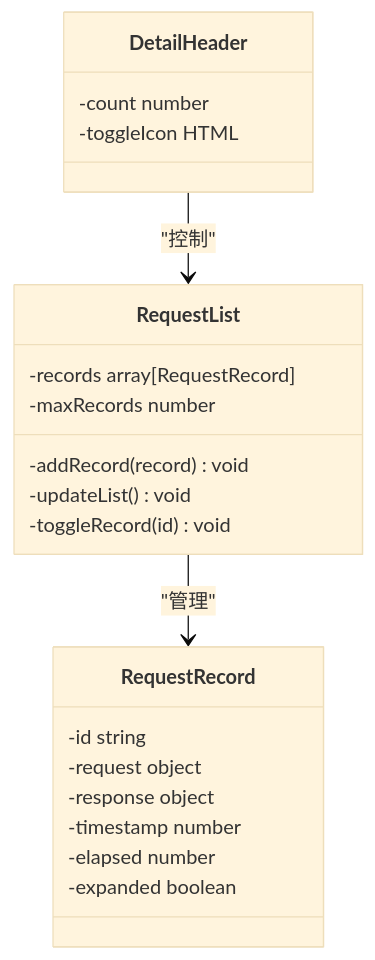
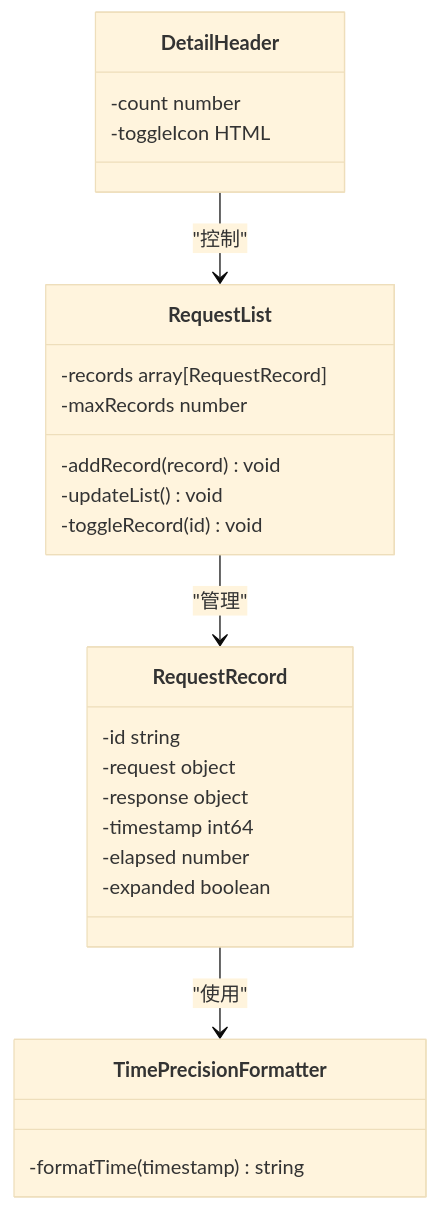
Before and after one commit to maomao94/zero-service: diagram 24 of 30 in .qoder/repowiki/zh/content/AI聊天服务迁移指南.md, drawn with Mermaid (base theme). The commit also changed other lines of this file and 59 other files, not shown here.

````diff
--- a/.qoder/repowiki/zh/content/AI聊天服务迁移指南.md
+++ b/.qoder/repowiki/zh/content/AI聊天服务迁移指南.md
@@ -1091,24 +1139,28 @@
 ```mermaid
 classDiagram
 class RequestRecord {
 -id string
 -request object
 -response object
--timestamp number
+-timestamp int64
 -elapsed number
 -expanded boolean
 }
 class RequestList {
 -records array[RequestRecord]
 -maxRecords number
 -addRecord(record) void
 -updateList() void
 -toggleRecord(id) void
 }
 class DetailHeader {
 -count number
 -toggleIcon HTML
 }
+class TimePrecisionFormatter {
+-formatTime(timestamp) string
+}
 RequestList --> RequestRecord : "管理"
 DetailHeader --> RequestList : "控制"
+RequestRecord --> TimePrecisionFormatter : "使用"
 ```
````
